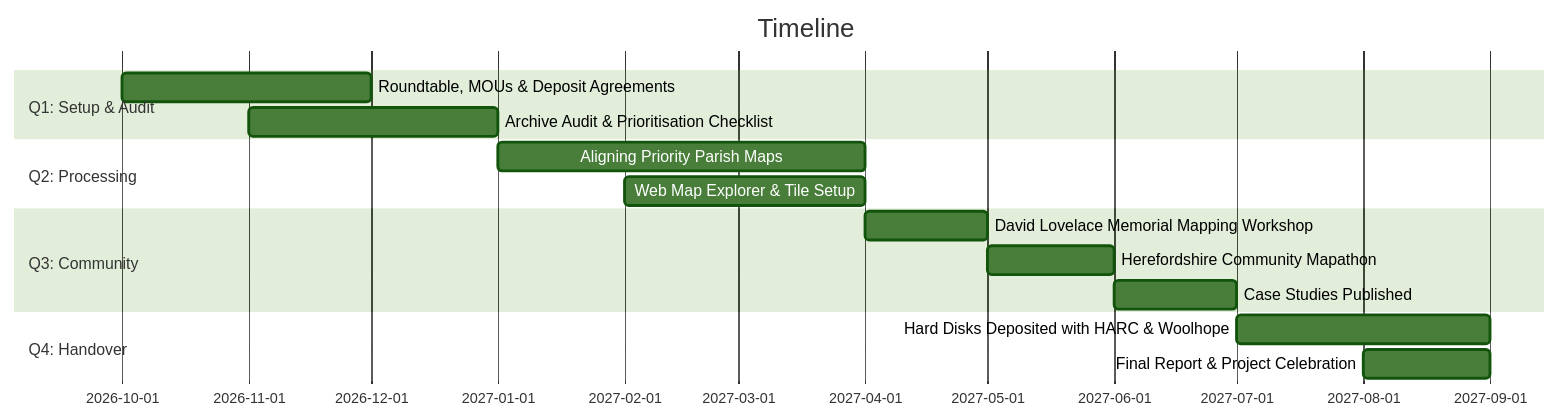
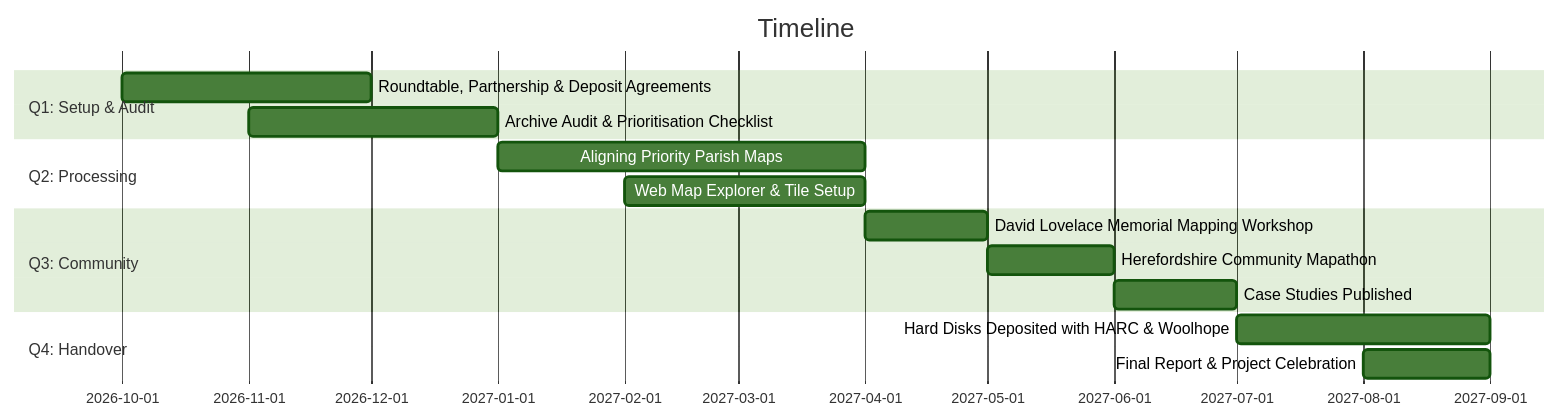
One commit to foss4lh/david-lovelace-archive changed the second of 2 diagrams in docs/_bid.md. Above: the diagram before and after it, drawn with Mermaid (forest theme). The commit also changed other lines of this file and 1 other file, not shown here.

````diff
--- a/docs/_bid.md
+++ b/docs/_bid.md
@@ -287,18 +289,18 @@
 ```mermaid
 gantt
     title Timeline
     dateFormat  YYYY-MM
     section Q1: Setup & Audit
-    Roundtable, MOUs & Deposit Agreements   :2026-10, 2026-12
+    Roundtable, Partnership & Deposit Agreements :2026-10, 2026-12
     Archive Audit & Prioritisation Checklist :2026-11, 2027-01
     section Q2: Processing
     Aligning Priority Parish Maps           :2027-01, 2027-04
     Web Map Explorer & Tile Setup           :2027-02, 2027-04
     section Q3: Community
     David Lovelace Memorial Mapping Workshop:2027-04, 2027-05
     Herefordshire Community Mapathon        :2027-05, 2027-06
     Case Studies Published                  :2027-06, 2027-07
     section Q4: Handover
     Hard Disks Deposited with HARC & Woolhope:2027-07, 2027-09
     Final Report & Project Celebration      :2027-08, 2027-09
 ```
````
